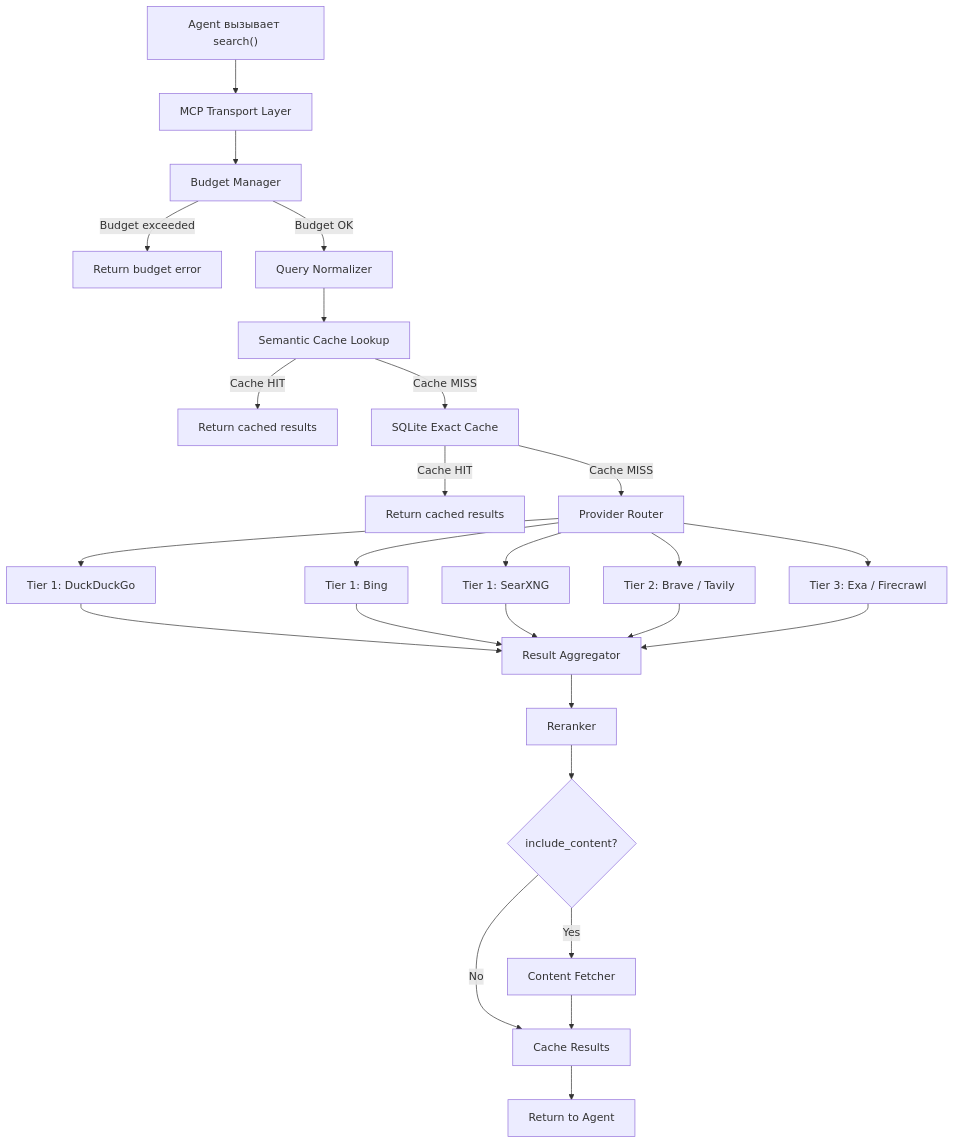
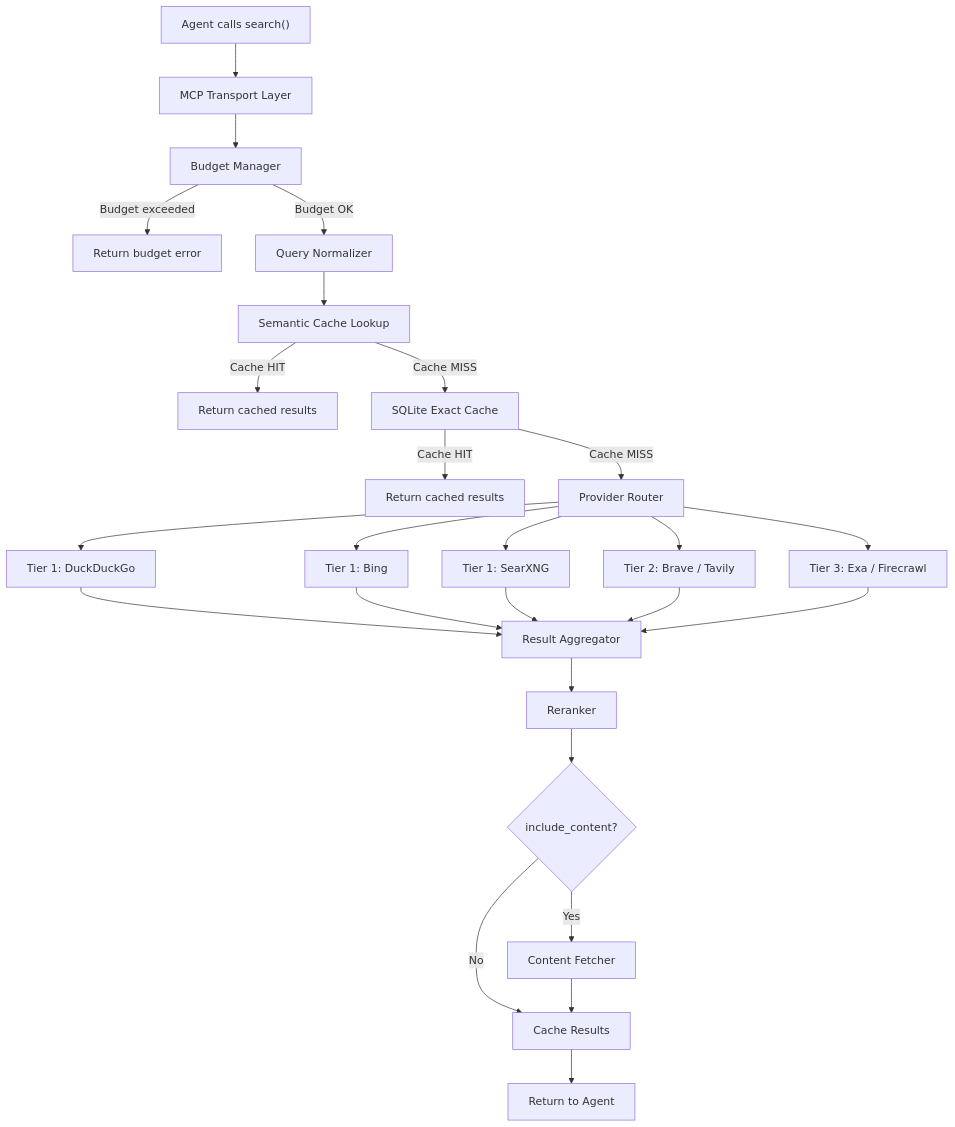
The first of 3 diagrams in docs/architecture.md (ilgizar-valiullin/mcp-web-hound), drawn with Mermaid before and after one commit. The commit also changed other lines of this file and 16 other files, not shown here.

````diff
--- a/docs/architecture.md
+++ b/docs/architecture.md
@@ -7,28 +7,28 @@
 ```mermaid
 flowchart TD
-    A["Agent вызывает search()"] --> B[MCP Transport Layer]
+    A["Agent calls search()"] --> B[MCP Transport Layer]
     B --> C[Budget Manager]
     C -->|Budget exceeded| C_ERR[Return budget error]
     C -->|Budget OK| D[Query Normalizer]
     D --> E[Semantic Cache Lookup]
     E -->|Cache HIT| F_CACHED[Return cached results]
     E -->|Cache MISS| F[SQLite Exact Cache]
     F -->|Cache HIT| G_CACHED[Return cached results]
     F -->|Cache MISS| G[Provider Router]
     G --> H1[Tier 1: DuckDuckGo]
     G --> H2[Tier 1: Bing]
     G --> H3[Tier 1: SearXNG]
     G --> H4[Tier 2: Brave / Tavily]
     G --> H5[Tier 3: Exa / Firecrawl]
     H1 --> I[Result Aggregator]
     H2 --> I
     H3 --> I
     H4 --> I
     H5 --> I
     I --> J[Reranker]
     J --> K{include_content?}
     K -->|Yes| L[Content Fetcher]
     K -->|No| M[Cache Results]
     L --> M
     M --> N[Return to Agent]
 ```
````
